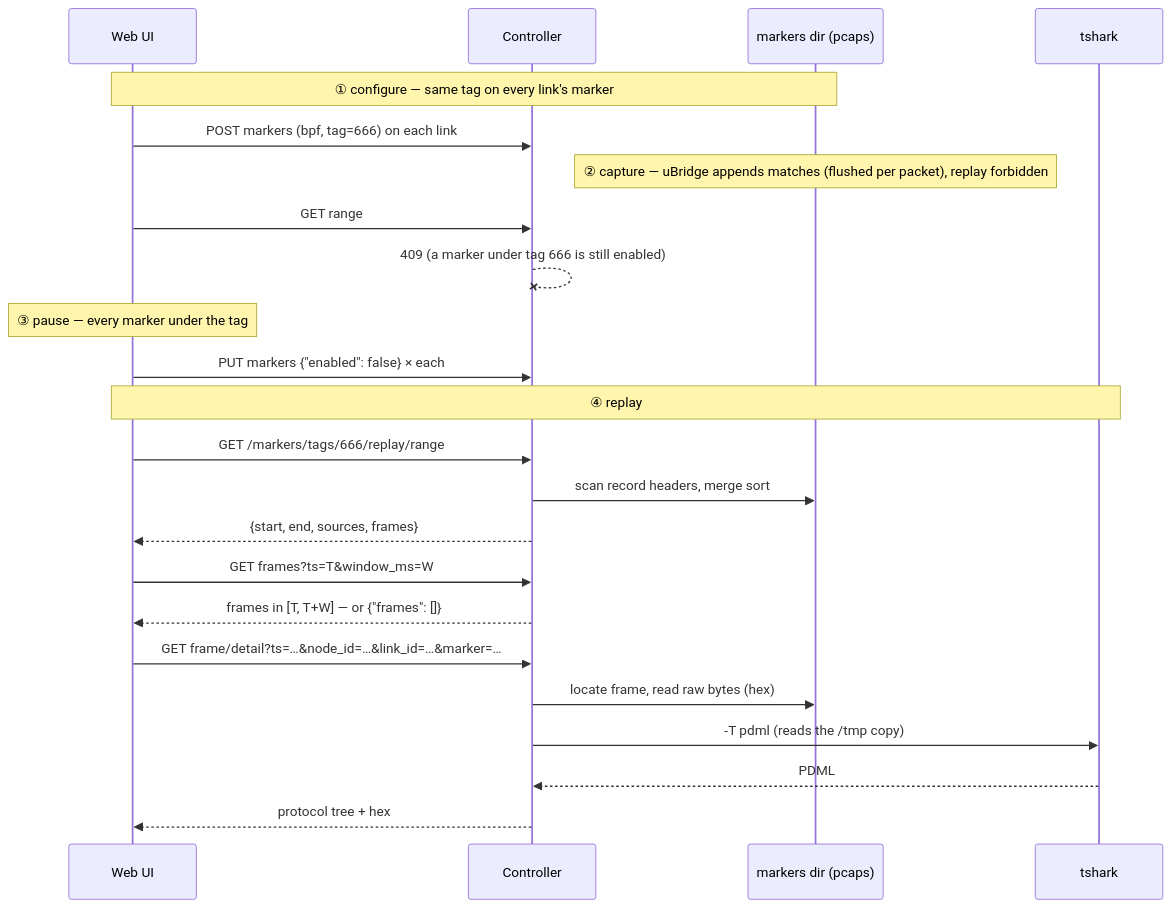
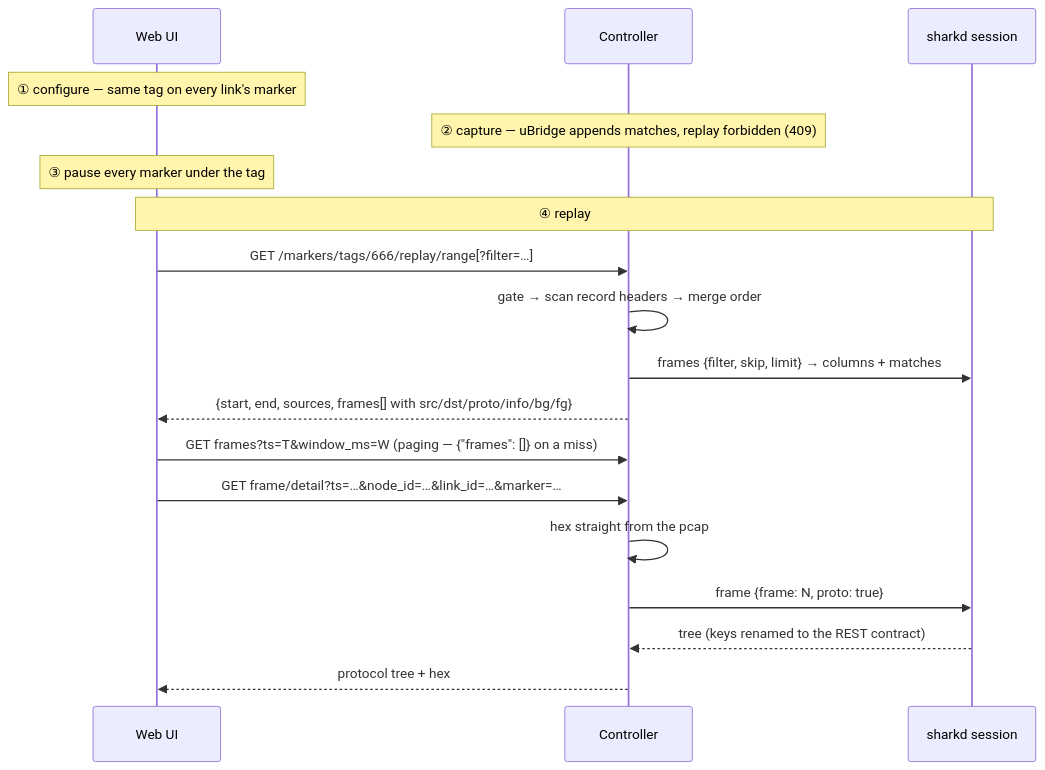
One commit to GNS3/gns3-server changed the second of 2 diagrams in docs/features/marker-tag-replay.md. Above: the diagram before and after it, drawn with Mermaid. The commit also changed other lines of this file and 4 other files, not shown here.

First line of the commit message:
feat: drive marker replay with resident sharkd sessions

````diff
--- a/docs/features/marker-tag-replay.md
+++ b/docs/features/marker-tag-replay.md
@@ -63,29 +70,22 @@
 ```mermaid
 sequenceDiagram
     participant UI as Web UI
     participant C as Controller
-    participant PC as markers dir (pcaps)
-    participant TS as tshark
+    participant SK as sharkd session
 
-    Note over UI,PC: ① configure — same tag on every link's marker
-    UI->>C: POST markers (bpf, tag=666) on each link
+    Note over UI: ① configure — same tag on every link's marker
+    Note over C: ② capture — uBridge appends matches, replay forbidden (409)
+    Note over UI: ③ pause every marker under the tag
 
-    Note over PC: ② capture — uBridge appends matches (flushed per packet), replay forbidden
-    UI->>C: GET range
-    C--xC: 409 (a marker under tag 666 is still enabled)
-
-    Note over UI: ③ pause — every marker under the tag
-    UI->>C: PUT markers {"enabled": false} × each
-
-    Note over UI,TS: ④ replay
-    UI->>C: GET /markers/tags/666/replay/range
-    C->>PC: scan record headers, merge sort
-    C-->>UI: {start, end, sources, frames}
-    UI->>C: GET frames?ts=T&window_ms=W
-    C-->>UI: frames in [T, T+W] — or {"frames": []}
+    Note over UI,SK: ④ replay
+    UI->>C: GET /markers/tags/666/replay/range[?filter=…]
+    C->>C: gate → scan record headers → merge order
+    C->>SK: frames {filter, skip, limit} → columns + matches
+    C-->>UI: {start, end, sources, frames[] with src/dst/proto/info/bg/fg}
+    UI->>C: GET frames?ts=T&window_ms=W  (paging — {"frames": []} on a miss)
     UI->>C: GET frame/detail?ts=…&node_id=…&link_id=…&marker=…
-    C->>PC: locate frame, read raw bytes (hex)
-    C->>TS: -T pdml (reads the /tmp copy)
-    TS-->>C: PDML
+    C->>C: hex straight from the pcap
+    C->>SK: frame {frame: N, proto: true}
+    SK-->>C: tree (keys renamed to the REST contract)
     C-->>UI: protocol tree + hex
 ```
````
